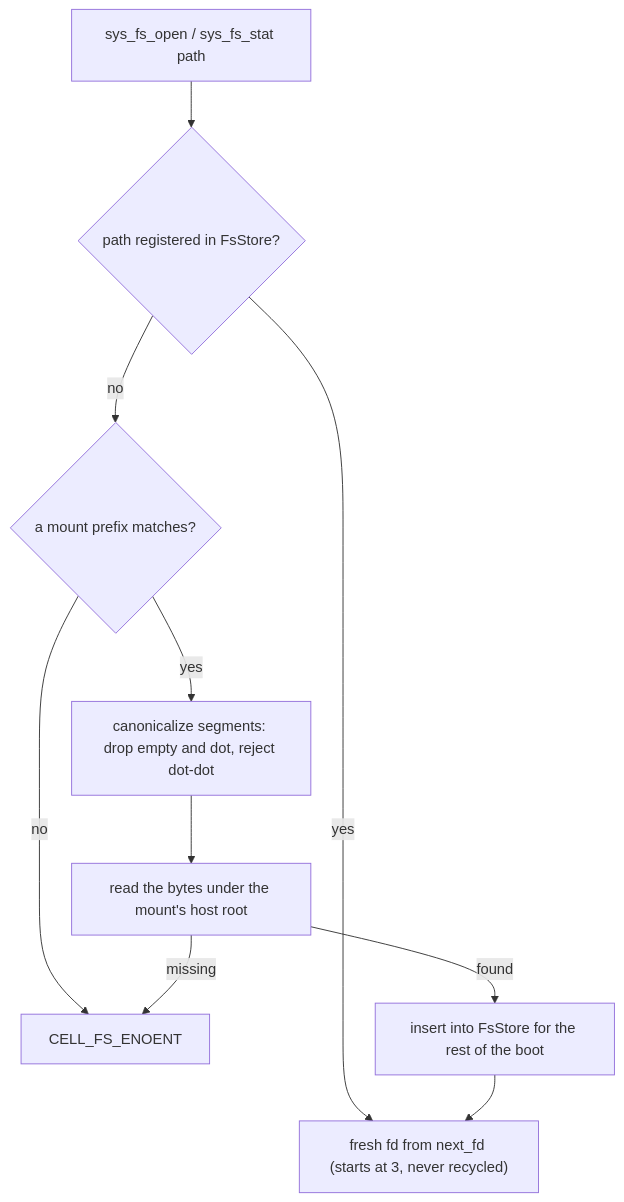
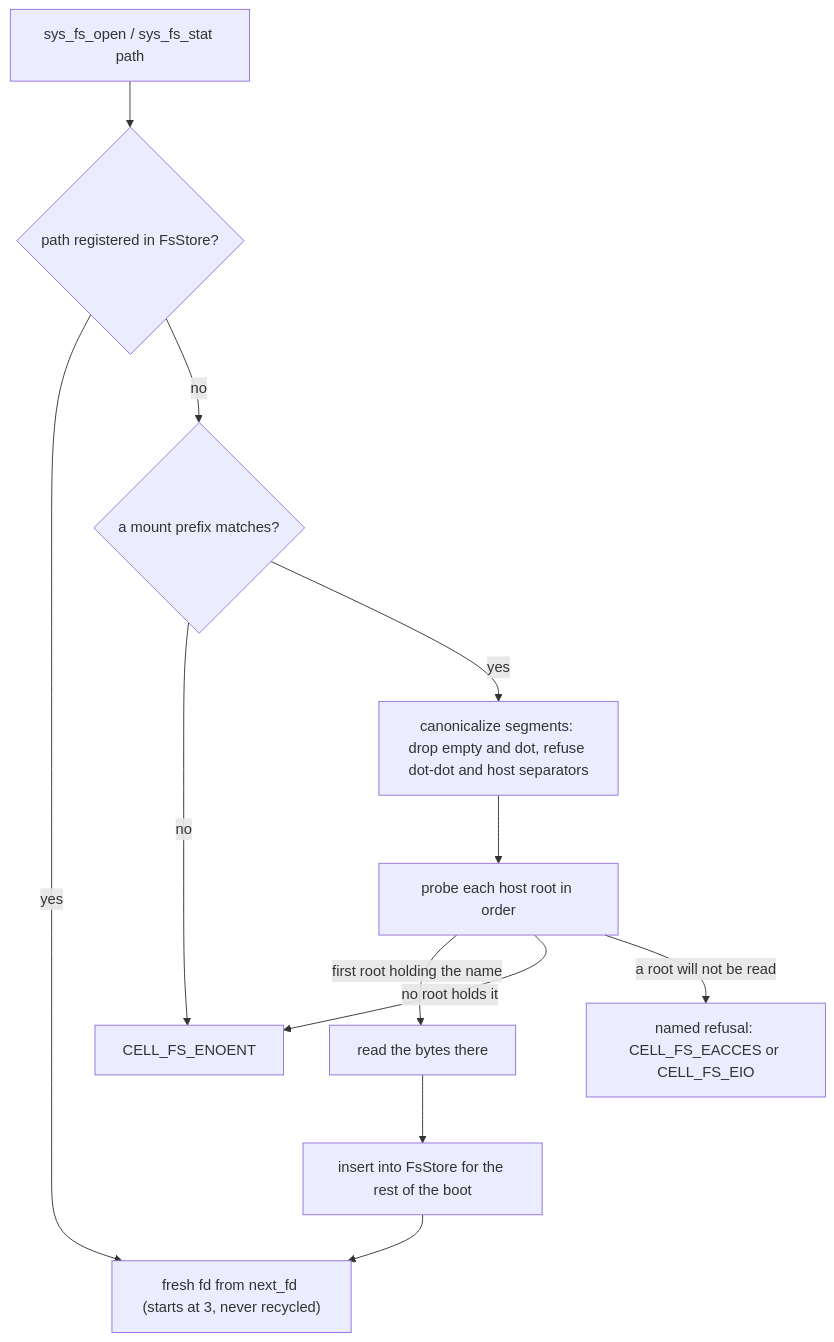
The fourth of 4 diagrams in docs/architecture/lv2_host.md (RoyalAce22/CellGov), drawn with Mermaid before and after one commit. The commit also changed other lines of this file and 7 other files, not shown here.

````diff
--- a/docs/architecture/lv2_host.md
+++ b/docs/architecture/lv2_host.md
@@ -404,11 +417,13 @@
 ```mermaid
 flowchart TD
   open["sys_fs_open / sys_fs_stat path"] --> blob{"path registered in FsStore?"}
   blob -->|yes| fd["fresh fd from next_fd (starts at 3, never recycled)"]
   blob -->|no| mount{"a mount prefix matches?"}
   mount -->|no| enoent["CELL_FS_ENOENT"]
-  mount -->|yes| canon["canonicalize segments: drop empty and dot, reject dot-dot"]
-  canon --> host["read the bytes under the mount's host root"]
-  host -->|found| cache["insert into FsStore for the rest of the boot"] --> fd
-  host -->|missing| enoent
+  mount -->|yes| canon["canonicalize segments: drop empty and dot, refuse dot-dot and host separators"]
+  canon --> probe["probe each host root in order"]
+  probe -->|first root holding the name| host["read the bytes there"]
+  host --> cache["insert into FsStore for the rest of the boot"] --> fd
+  probe -->|no root holds it| enoent
+  probe -->|a root will not be read| refuse["named refusal: CELL_FS_EACCES or CELL_FS_EIO"]
 ```
````
